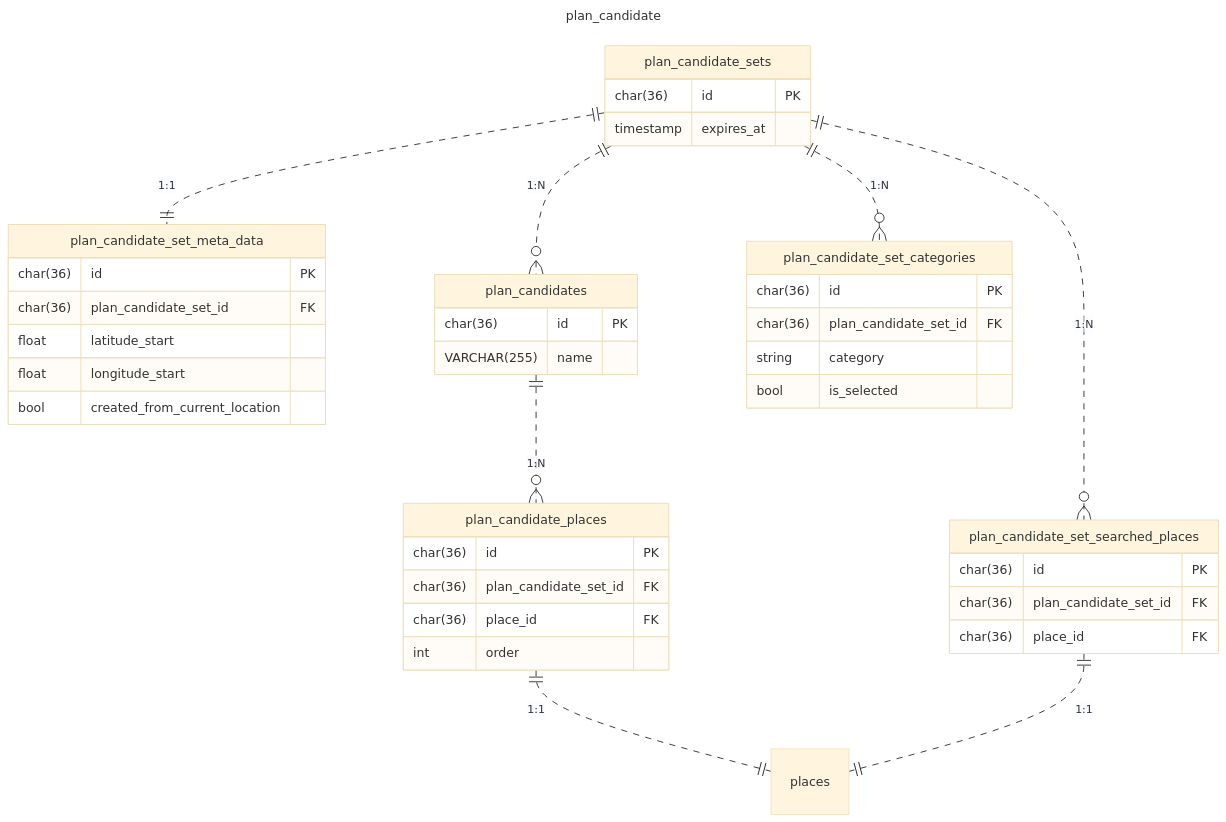
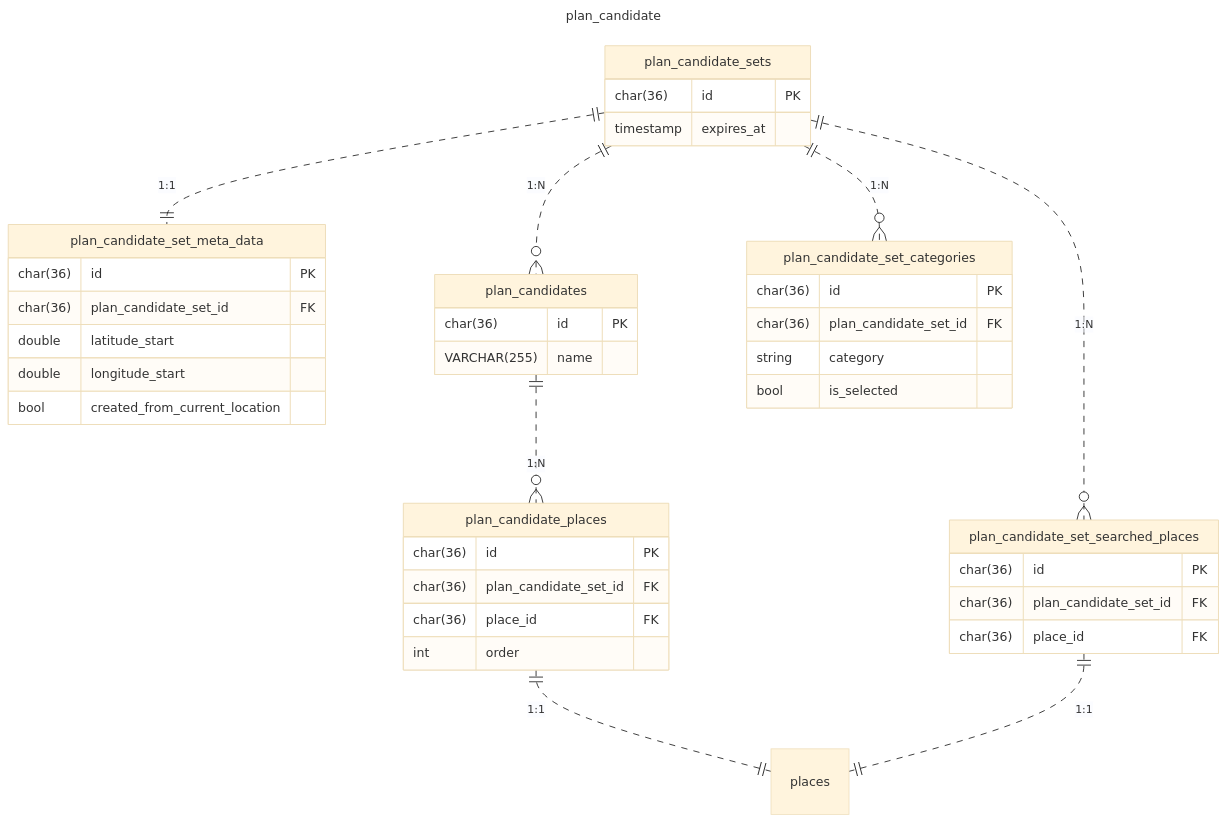
Before and after one commit to poroto-app/planner: the third of 3 diagrams in doc/database/er.md, drawn with Mermaid (base theme). The commit also changed 2 other files, not shown here.

Commit message:
feat(db): 緯度、経度のデータ型をDoubleにする

````diff
--- a/doc/database/er.md
+++ b/doc/database/er.md
@@ -108,51 +108,51 @@
 ```mermaid
 ---
 title: plan_candidate
 ---
 erDiagram
     plan_candidate_sets {
         char(36) id PK
         timestamp expires_at
     }
 
     plan_candidate_set_meta_data {
         char(36) id PK
         char(36) plan_candidate_set_id FK
-        float latitude_start
-        float longitude_start
+        double latitude_start
+        double longitude_start
         bool created_from_current_location
     }
 
     plan_candidates {
         char(36) id PK
         VARCHAR(255) name
     }
 
     plan_candidate_set_searched_places {
         char(36) id PK
         char(36) plan_candidate_set_id FK
         char(36) place_id FK
     }
 
     plan_candidate_places {
         char(36) id PK
         char(36) plan_candidate_set_id FK
         char(36) place_id FK
         int order
     }
 
     plan_candidate_set_categories {
         char(36) id PK
         char(36) plan_candidate_set_id FK
         string category
         bool is_selected
     }
 
     plan_candidate_sets ||..o{ plan_candidates: "1:N"
     plan_candidate_sets ||..|| plan_candidate_set_meta_data: "1:1"
     plan_candidate_sets ||..o{ plan_candidate_set_categories: "1:N"
     plan_candidate_sets ||..o{ plan_candidate_set_searched_places: "1:N"
     plan_candidates ||..o{ plan_candidate_places: "1:N"
     plan_candidate_places ||..|| places: "1:1"
     plan_candidate_set_searched_places ||..|| places: "1:1"
 ```
````
